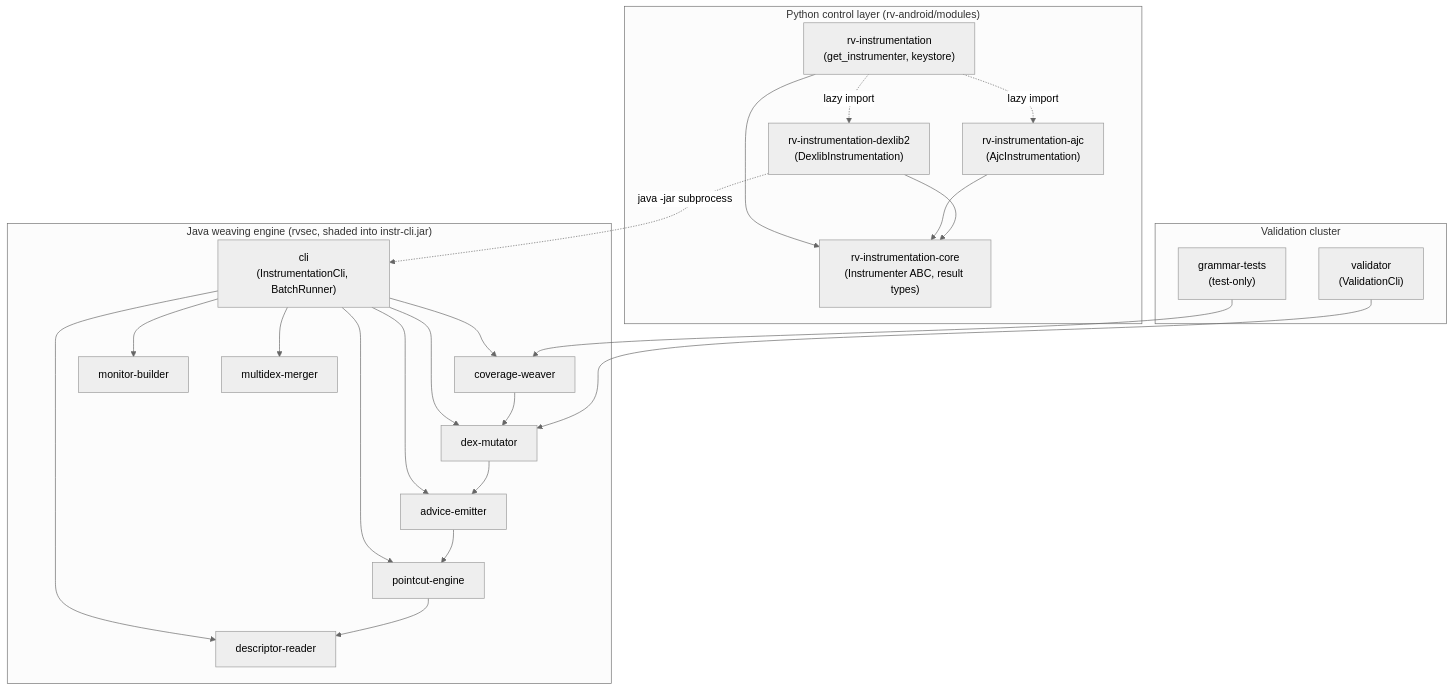
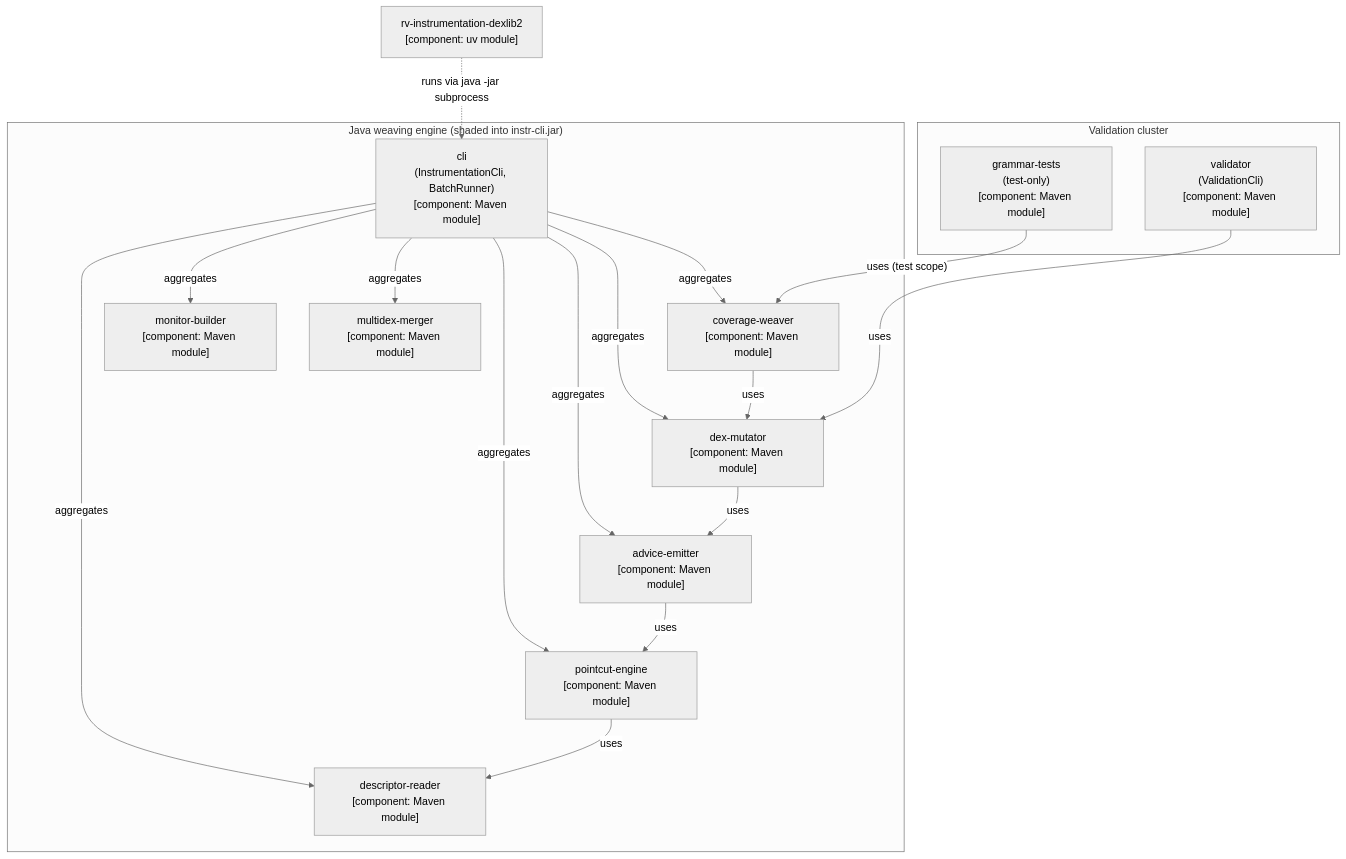
The third of 6 diagrams in rv-android/docs/architecture/instrumentation.md (PAMunb/rvsec), drawn with Mermaid before and after one commit. The commit also changed other lines of this file and 7 other files, not shown here.

````diff
--- a/rv-android/docs/architecture/instrumentation.md
+++ b/rv-android/docs/architecture/instrumentation.md
@@ -277,43 +315,35 @@
 ```mermaid
 %%{init: {'theme': 'neutral'}}%%
 flowchart TB
-  subgraph py["Python control layer (rv-android/modules)"]
-    core["rv-instrumentation-core<br/>(Instrumenter ABC, result types)"]
-    ajc["rv-instrumentation-ajc<br/>(AjcInstrumentation)"]
-    dex["rv-instrumentation-dexlib2<br/>(DexlibInstrumentation)"]
-    parent["rv-instrumentation<br/>(get_instrumenter, keystore)"]
-    parent --> core
-    parent -.->|lazy import| ajc
-    parent -.->|lazy import| dex
-    ajc --> core
-    dex --> core
-  end
-  subgraph java["Java weaving engine (rvsec, shaded into instr-cli.jar)"]
-    cli["cli<br/>(InstrumentationCli, BatchRunner)"]
-    dr["descriptor-reader"]
-    pe["pointcut-engine"]
-    ae["advice-emitter"]
-    dm["dex-mutator"]
-    cw["coverage-weaver"]
-    mb["monitor-builder"]
-    mm["multidex-merger"]
-    cli --> dr
-    cli --> pe
-    cli --> ae
-    cli --> dm
-    cli --> cw
-    cli --> mb
-    cli --> mm
-    pe --> dr
-    ae --> pe
-    dm --> ae
-    cw --> dm
+  %% Source: ../rvsec/rvsec-android/rvsec-instrumentation-dexlib2/pom.xml, ../rvsec/rvsec-android/rvsec-instrumentation-dexlib2/cli/pom.xml, ../rvsec/rvsec-android/rvsec-instrumentation-dexlib2/validator/pom.xml, ../rvsec/rvsec-android/rvsec-instrumentation-dexlib2/grammar-tests/pom.xml, modules/rv-instrumentation-dexlib2/src/rv_instrumentation_dexlib2/dexlib_instrumentation.py
+  %% Omitted: the lower direct Maven dependencies of validator (descriptor-reader, pointcut-engine) and grammar-tests (descriptor-reader, pointcut-engine, advice-emitter, dex-mutator) (each module is drawn with its topmost dependency only; the catalog says "and lower modules")
+  dex["rv-instrumentation-dexlib2<br/>[component: uv module]"]
+  subgraph java["Java weaving engine (shaded into instr-cli.jar)"]
+    cli["cli<br/>(InstrumentationCli, BatchRunner)<br/>[component: Maven module]"]
+    dr["descriptor-reader<br/>[component: Maven module]"]
+    pe["pointcut-engine<br/>[component: Maven module]"]
+    ae["advice-emitter<br/>[component: Maven module]"]
+    dm["dex-mutator<br/>[component: Maven module]"]
+    cw["coverage-weaver<br/>[component: Maven module]"]
+    mb["monitor-builder<br/>[component: Maven module]"]
+    mm["multidex-merger<br/>[component: Maven module]"]
+    cli -->|"aggregates"| dr
+    cli -->|"aggregates"| pe
+    cli -->|"aggregates"| ae
+    cli -->|"aggregates"| dm
+    cli -->|"aggregates"| cw
+    cli -->|"aggregates"| mb
+    cli -->|"aggregates"| mm
+    pe -->|"uses"| dr
+    ae -->|"uses"| pe
+    dm -->|"uses"| ae
+    cw -->|"uses"| dm
   end
   subgraph ver["Validation cluster"]
-    validator["validator<br/>(ValidationCli)"]
-    grammar["grammar-tests<br/>(test-only)"]
+    validator["validator<br/>(ValidationCli)<br/>[component: Maven module]"]
+    grammar["grammar-tests<br/>(test-only)<br/>[component: Maven module]"]
   end
-  dex -.->|java -jar subprocess| cli
-  validator --> dm
-  grammar --> cw
+  dex -.->|"runs via java -jar subprocess"| cli
+  validator -->|"uses"| dm
+  grammar -->|"uses (test scope)"| cw
 ```
````
